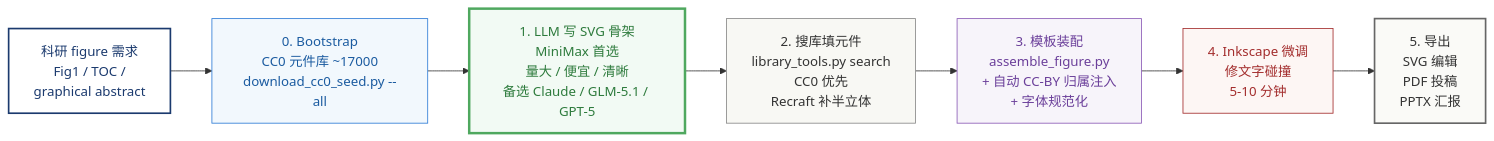
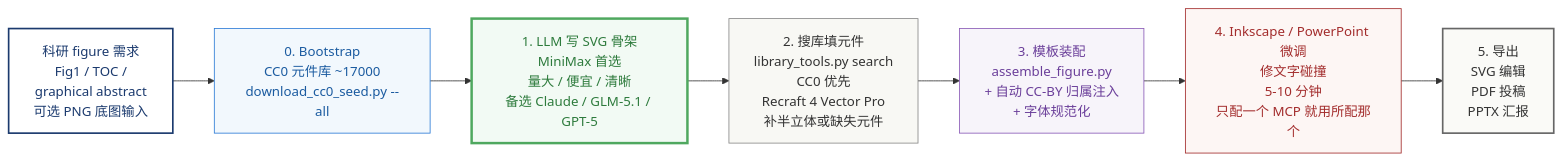
Before and after one commit to WuyangFF95/CC_icons: the diagram in SKILL.md, drawn with Mermaid.

Commit message:
docs(sci-pipeline): refine pipeline mermaid per user feedback docs(sci-pipeline): 按用户反馈细化流水线 mermaid 图
Three node-text refinements requested by the user:

1. Node A (figure 需求): added "可选 PNG 底图输入" line so the
   diagram makes explicit that a PNG starting point is a valid
   entry vector (not just a blank prompt).
2. Node D (搜库填元件): renamed "Recraft 补半立体" to
   "Recraft 4 Vector Pro / 补半立体或缺失元件" so the diagram
   reflects both the actual product tier used (Recraft V4 Vector
   Pro) and the broader role — Recraft is invoked not only for
   semi-3D rendering but also when the CC0 library is missing
   the element entirely.
3. Node F (微调): broadened from "Inkscape 微调" to
   "Inkscape / PowerPoint 微调", with "只配一个 MCP 就用所配那个"
   so users running only one of the two MCPs aren't gated.

按用户反馈细化三处节点文字：

1. Node A（figure 需求）：加 "可选 PNG 底图输入" 一行，让流程图
   明确 PNG 起点也是合法入口（不只是从空白 prompt 开始）。
2. Node D（搜库填元件）："Recraft 补半立体" 改为
   "Recraft 4 Vector Pro / 补半立体或缺失元件"，反映实际用的
   产品档位（Recraft V4 Vector Pro）以及更广的角色 —— 当 CC0
   库完全缺该元件时也调 Recraft，不只是补半立体。
3. Node F（微调）：从 "Inkscape 微调" 拓宽为 "Inkscape /
   PowerPoint 微调"，加 "只配一个 MCP 就用所配那个"，单 MCP
   配置的用户不被卡。

````diff
--- a/SKILL.md
+++ b/SKILL.md
@@ -40,17 +40,17 @@
 ```mermaid
 flowchart LR
-    A[科研 figure 需求<br/>Fig1 / TOC /<br/>graphical abstract] --> B[0. Bootstrap<br/>CC0 元件库 ~17000<br/>download_cc0_seed.py --all]
+    A[科研 figure 需求<br/>Fig1 / TOC /<br/>graphical abstract<br/>可选 PNG 底图输入] --> B[0. Bootstrap<br/>CC0 元件库 ~17000<br/>download_cc0_seed.py --all]
     B --> C[1. LLM 写 SVG 骨架<br/>MiniMax 首选<br/>量大 / 便宜 / 清晰<br/>备选 Claude / GLM-5.1 / GPT-5]
-    C --> D[2. 搜库填元件<br/>library_tools.py search<br/>CC0 优先<br/>Recraft 补半立体]
+    C --> D[2. 搜库填元件<br/>library_tools.py search<br/>CC0 优先<br/>Recraft 4 Vector Pro<br/>补半立体或缺失元件]
     D --> E[3. 模板装配<br/>assemble_figure.py<br/>+ 自动 CC-BY 归属注入<br/>+ 字体规范化]
-    E --> F[4. Inkscape 微调<br/>修文字碰撞<br/>5-10 分钟]
+    E --> F[4. Inkscape / PowerPoint 微调<br/>修文字碰撞<br/>5-10 分钟<br/>只配一个 MCP 就用所配那个]
     F --> G[5. 导出<br/>SVG 编辑<br/>PDF 投稿<br/>PPTX 汇报]
 
     style A fill:#FFFFFF,stroke:#1B3A6E,stroke-width:2px,color:#1B3A6E
     style B fill:#F2F8FD,stroke:#2E7CD6,color:#1B5BA0
     style C fill:#F2FAF4,stroke:#4FA85F,stroke-width:3px,color:#2E7B3D
     style D fill:#F8F8F4,stroke:#888,color:#333
     style E fill:#F7F4FA,stroke:#8B5CB7,color:#6B3F9A
     style F fill:#FDF6F4,stroke:#A32D2D,color:#A32D2D
     style G fill:#FAFAF7,stroke:#666,stroke-width:2px,color:#333
 ```
````
